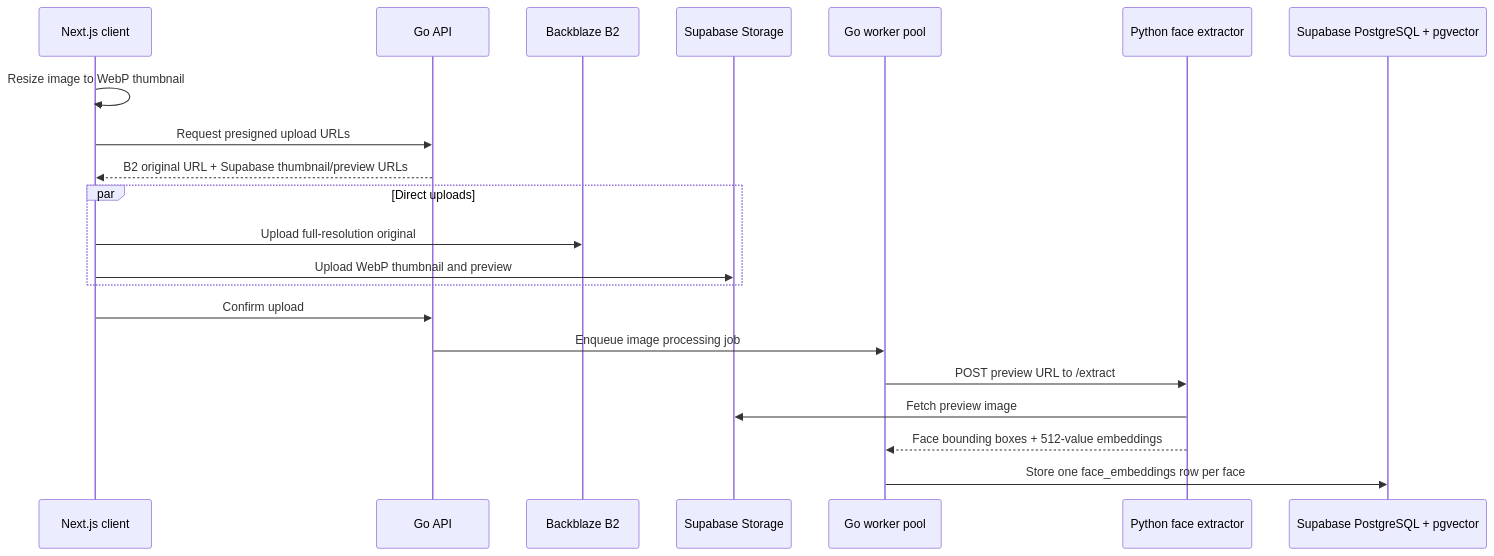
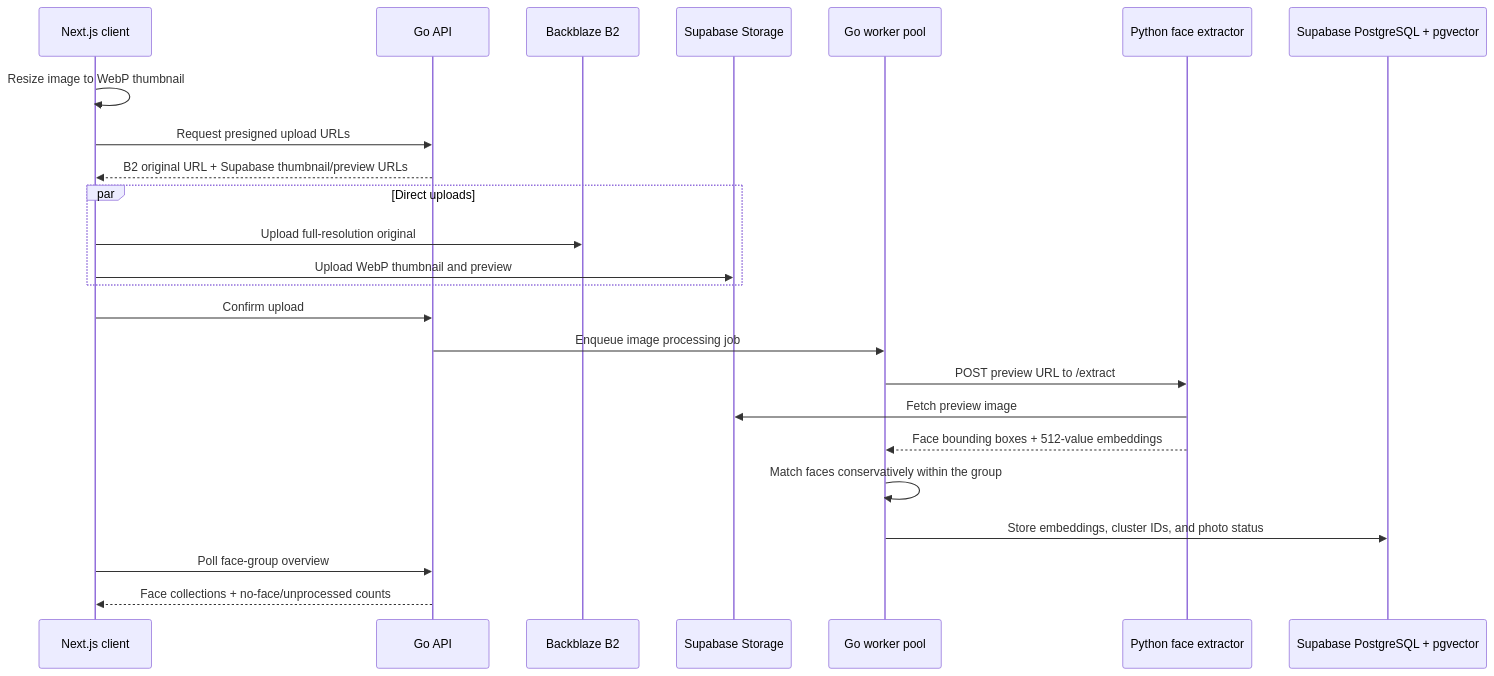
Before and after one commit to feastyr69/pickme: the diagram in README.md, drawn with Mermaid. The commit also changed other lines of this file and 12 other files, not shown here.

````diff
--- a/README.md
+++ b/README.md
@@ -15,23 +15,26 @@
 ```mermaid
 sequenceDiagram
     participant C as Next.js client
     participant API as Go API
     participant B2 as Backblaze B2
     participant S as Supabase Storage
     participant W as Go worker pool
     participant AI as Python face extractor
     participant DB as Supabase PostgreSQL + pgvector
     C->>C: Resize image to WebP thumbnail
     C->>API: Request presigned upload URLs
     API-->>C: B2 original URL + Supabase thumbnail/preview URLs
     par Direct uploads
         C->>B2: Upload full-resolution original
         C->>S: Upload WebP thumbnail and preview
     end
     C->>API: Confirm upload
     API->>W: Enqueue image processing job
     W->>AI: POST preview URL to /extract
     AI->>S: Fetch preview image
     AI-->>W: Face bounding boxes + 512-value embeddings
-    W->>DB: Store one face_embeddings row per face
+    W->>W: Match faces conservatively within the group
+    W->>DB: Store embeddings, cluster IDs, and photo status
+    C->>API: Poll face-group overview
+    API-->>C: Face collections + no-face/unprocessed counts
 ```
````
